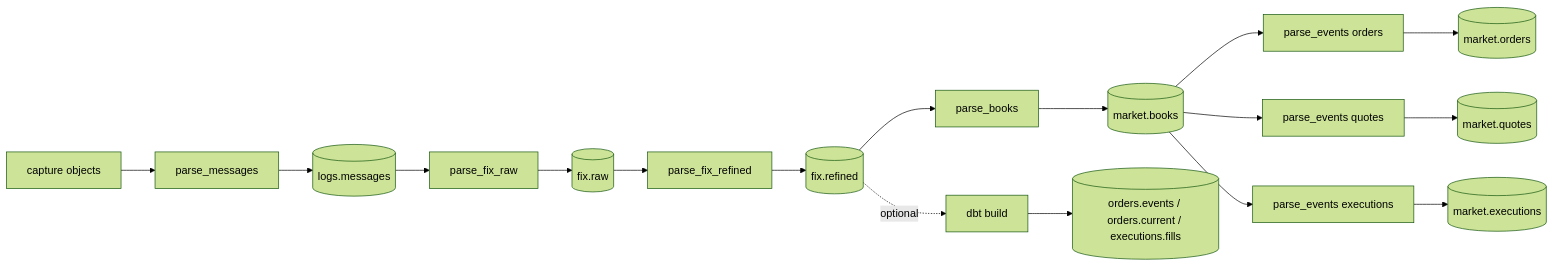
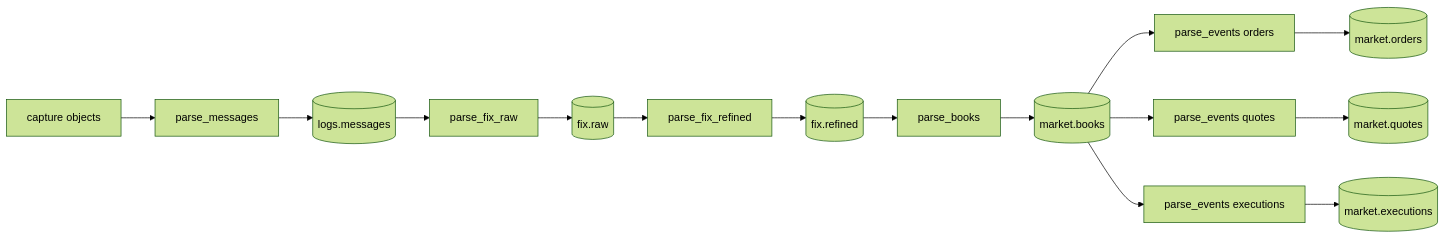
One commit to Platob/yggfin changed the diagram in docs/pipeline/index.md. Above: the diagram before and after it, drawn with Mermaid (forest theme). The commit also changed other lines of this file and 59 other files, not shown here.

````diff
--- a/docs/pipeline/index.md
+++ b/docs/pipeline/index.md
@@ -12,12 +12,10 @@
 ```mermaid
 flowchart LR
     U["capture objects"] --> T["parse_messages"] --> M[("logs.messages")]
     M --> F["parse_fix_raw"] --> X[("fix.raw")]
     X --> L["parse_fix_refined"] --> S[("fix.refined")]
     S --> B["parse_books"] --> K[("market.books")]
     K --> O["parse_events orders"] --> OT[("market.orders")]
     K --> Q["parse_events quotes"] --> QT[("market.quotes")]
     K --> E["parse_events executions"] --> ET[("market.executions")]
-    S -.optional.-> D["dbt build"]
-    D --> DT[("orders.events / orders.current / executions.fills")]
 ```
````
